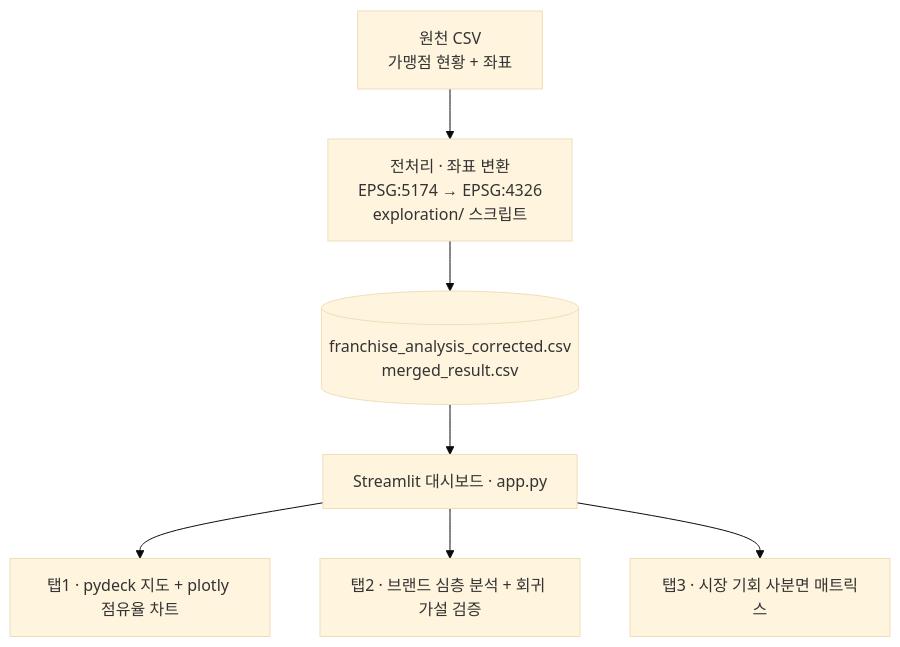
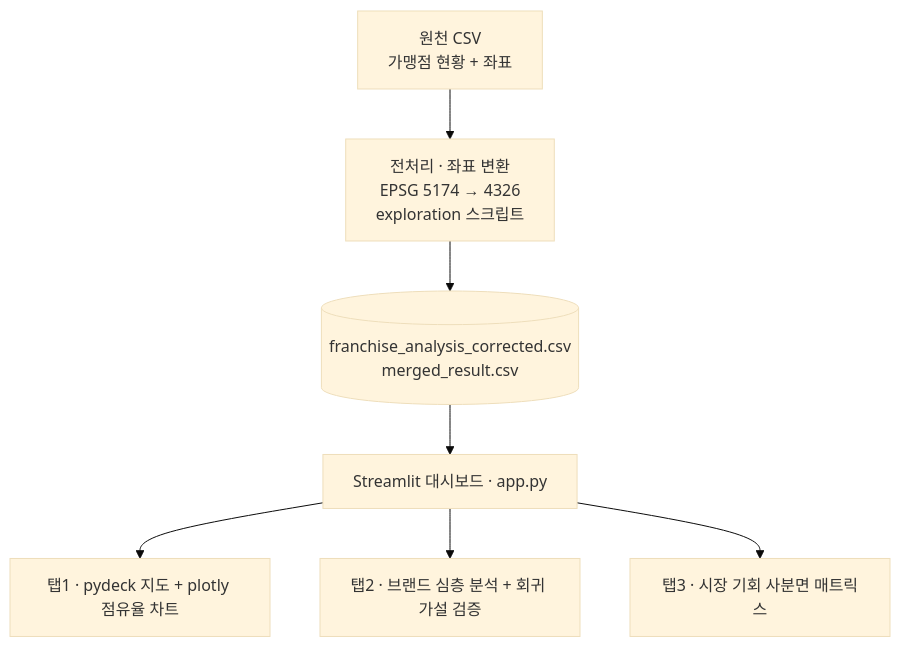
The diagram in franchise-analysis/README.md (ru-oo/python-data-projects), drawn with Mermaid (base theme) before and after one commit. The commit also changed 3 other files, not shown here.

Commit message:
quote mermaid node labels so github renders diagrams

````diff
--- a/franchise-analysis/README.md
+++ b/franchise-analysis/README.md
@@ -39,9 +39,9 @@
 ```mermaid
 flowchart TD
-    A[원천 CSV<br/>가맹점 현황 + 좌표] --> B[전처리 · 좌표 변환<br/>EPSG:5174 → EPSG:4326<br/>exploration/ 스크립트]
-    B --> C[(franchise_analysis_corrected.csv<br/>merged_result.csv)]
-    C --> D[Streamlit 대시보드 · app.py]
-    D --> T1[탭1 · pydeck 지도 + plotly 점유율 차트]
-    D --> T2[탭2 · 브랜드 심층 분석 + 회귀 가설 검증]
-    D --> T3[탭3 · 시장 기회 사분면 매트릭스]
+    A["원천 CSV<br>가맹점 현황 + 좌표"] --> B["전처리 · 좌표 변환<br>EPSG 5174 → 4326<br>exploration 스크립트"]
+    B --> C[("franchise_analysis_corrected.csv<br>merged_result.csv")]
+    C --> D["Streamlit 대시보드 · app.py"]
+    D --> T1["탭1 · pydeck 지도 + plotly 점유율 차트"]
+    D --> T2["탭2 · 브랜드 심층 분석 + 회귀 가설 검증"]
+    D --> T3["탭3 · 시장 기회 사분면 매트릭스"]
 ```
````
